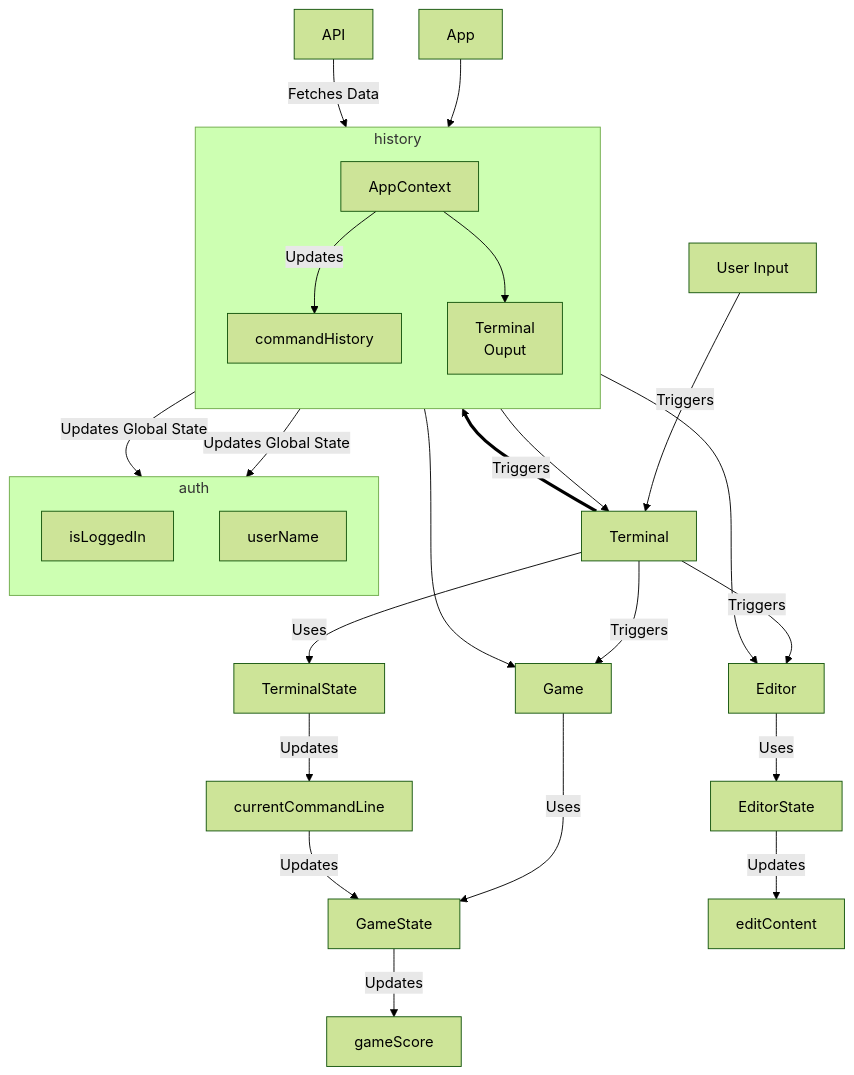
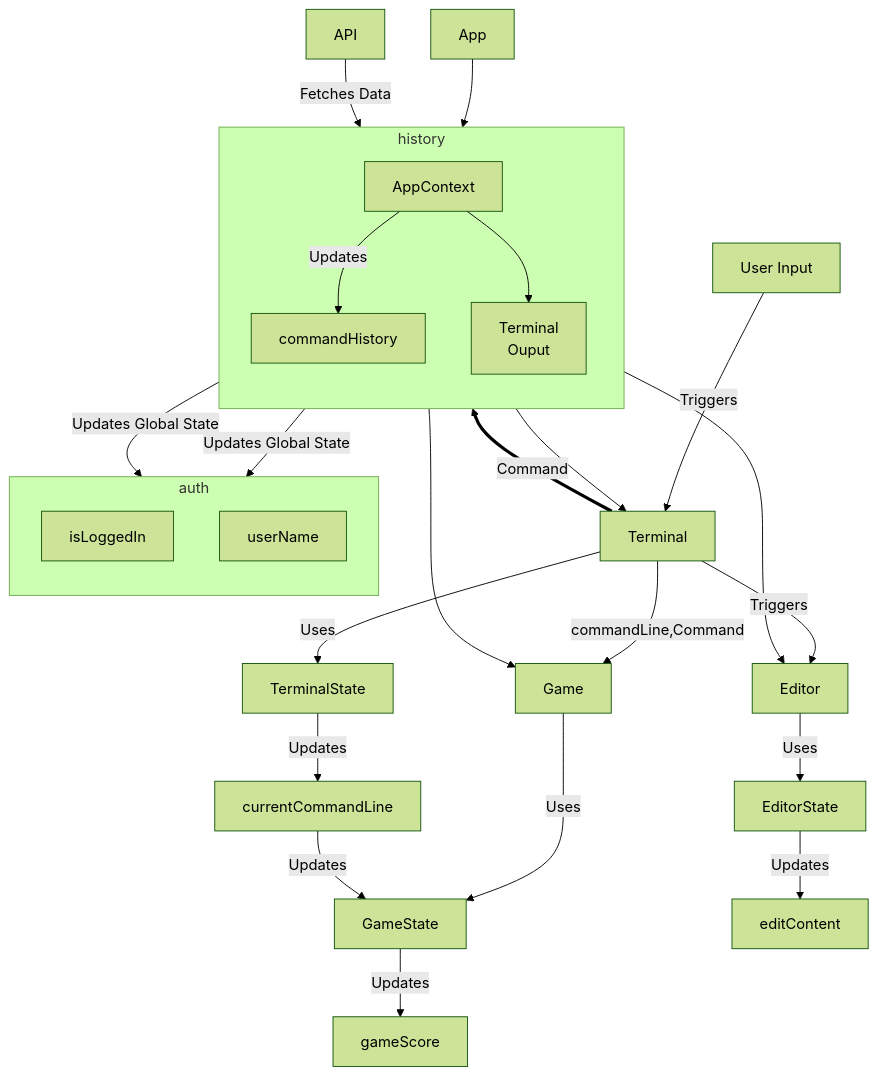
Before and after one commit to bizkite-co/handterm: the diagram in adr/arrange-component-state-hierarchy.md, drawn with Mermaid (forest theme). The commit also changed other lines of this file and 11 other files, not shown here.

````diff
--- a/adr/arrange-component-state-hierarchy.md
+++ b/adr/arrange-component-state-hierarchy.md
@@ -58,37 +58,37 @@
 ```mermaid
-graph TD
+flowchart TD
     A[App] --> AC[AppContext]
     AC --> T[Terminal]
     AC --> E[Editor]
     AC --> G[Game]
 
     
     T --> |Uses| TS[TerminalState]
     E --> |Uses| ES[EditorState]
-    G --> |Uses| H[GameState]
+    G --> |Uses| GSt[GameState]
 
     subgraph history
       direction TB
       AC --> |Updates| CI[commandHistory]
       AC --> TO[Terminal<br/>Ouput]
     end
     
     TS --> |Updates| CLI[currentCommandLine]
     ES --> |Updates| EC[editContent]
-    H --> |Updates| GS[gameScore]
+    GSt --> |Updates| GSc[gameScore]
 
-    CLI --> |Updates| H
-    
+    CLI --> |Updates| GSt
+
     U[User Input] --> |Triggers| T
     T --> |Triggers| E
-    T --> |Triggers| G
-    T ==> |Triggers| AC
+    T --> |commandLine,Command| G
+    T ==> |Command| AC
     
     N[API] --> |Fetches Data| AC
 
     subgraph auth
       direction TB
       AC --> |Updates Global State| O[isLoggedIn]
-      AC --> |Updates Global State| P[userName]
+      AC --> |Updates Global State| UN[userName]
     end
 ```
````
